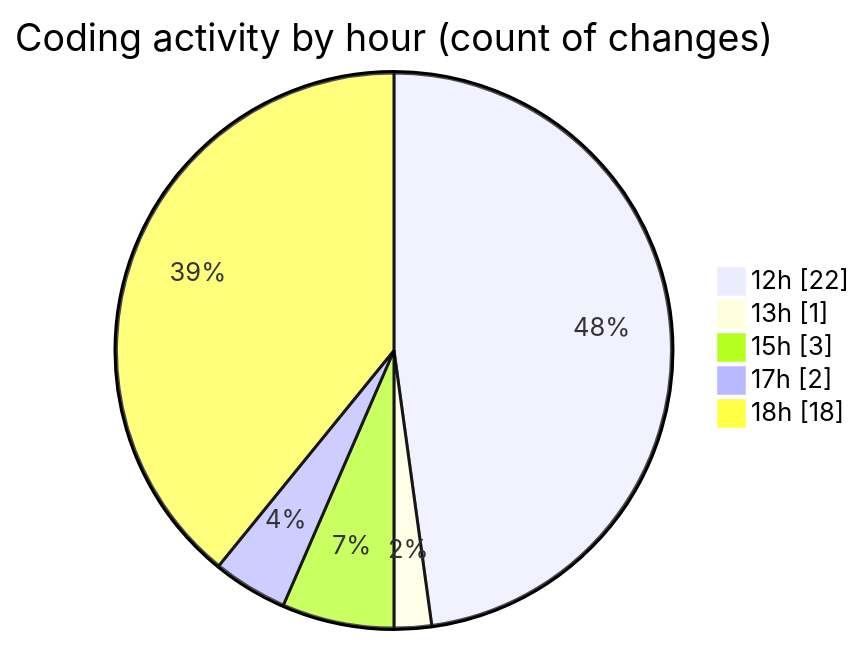
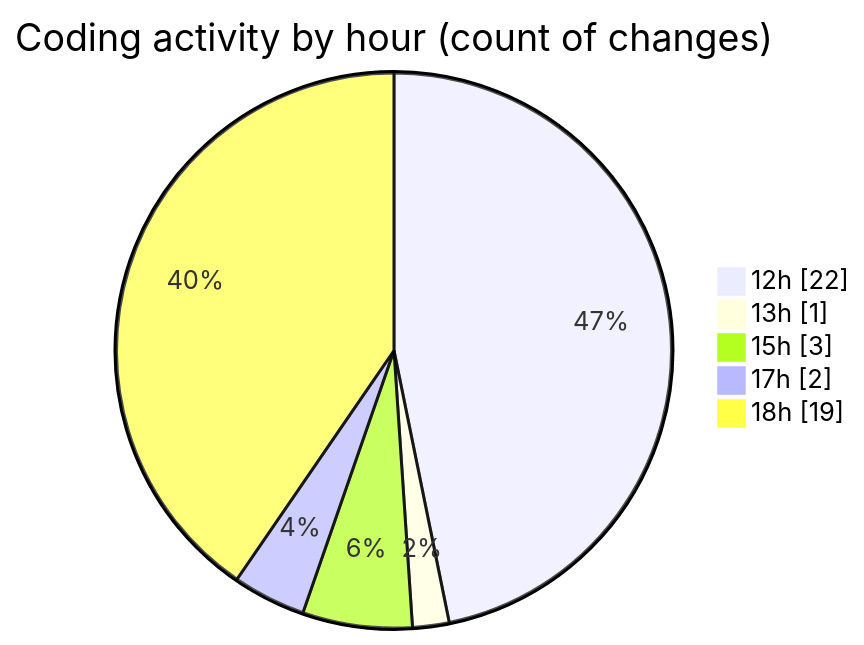
The second of 2 diagrams in 2025-05-16/argos-dev/README.md (nxtqubesakshisongat/code-tracking), drawn with Mermaid before and after one commit. The commit also changed other lines of this file and 1 other file, not shown here.

````diff
--- a/2025-05-16/argos-dev/README.md
+++ b/2025-05-16/argos-dev/README.md
@@ -32,9 +32,9 @@
 ```mermaid
 pie showData
 title Coding activity by hour (count of changes)
 "12h" : 22
 "13h" : 1
 "15h" : 3
 "17h" : 2
-"18h" : 18
+"18h" : 19
 ```
````
